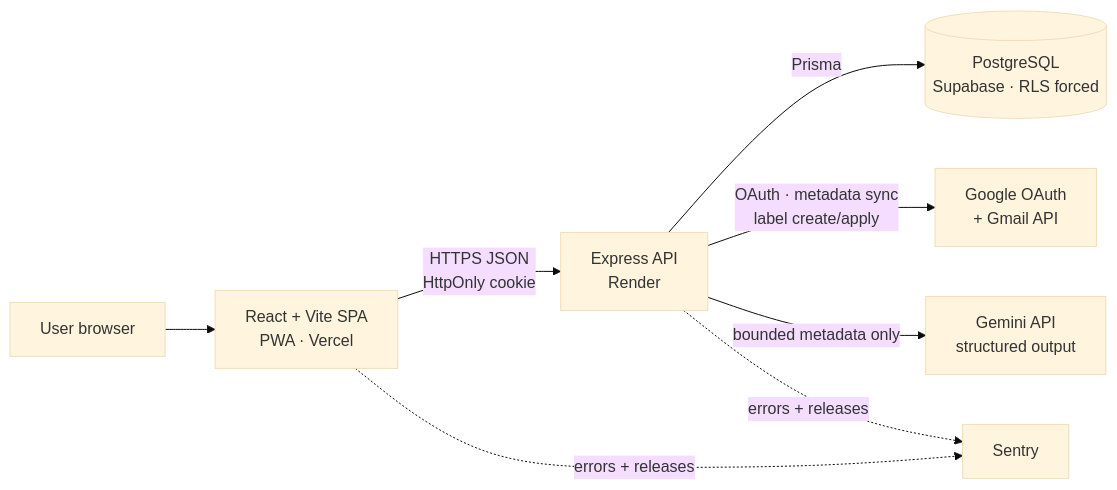
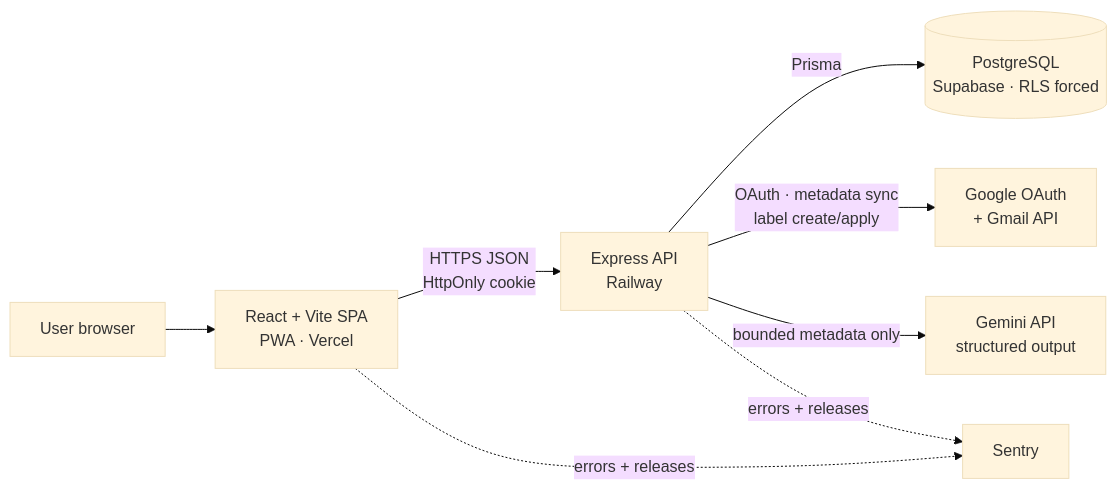
The second of 4 diagrams in README.md (Asongwelewis/AI-email-organizer-for-gmail), drawn with Mermaid (base theme) before and after one commit. The commit also changed other lines of this file and 49 other files, not shown here.

````diff
--- a/README.md
+++ b/README.md
@@ -105,17 +105,17 @@
 ```mermaid
 flowchart LR
     U[User browser]
     W[React + Vite SPA<br/>PWA · Vercel]
-    A[Express API<br/>Render]
+    A[Express API<br/>Railway]
     P[(PostgreSQL<br/>Supabase · RLS forced)]
     G[Google OAuth<br/>+ Gmail API]
     C[Gemini API<br/>structured output]
     S[Sentry]
 
     U --> W
     W -->|HTTPS JSON<br/>HttpOnly cookie| A
     A -->|Prisma| P
     A -->|OAuth · metadata sync<br/>label create/apply| G
     A -->|bounded metadata only| C
     W & A -.->|errors + releases| S
 ```
````
